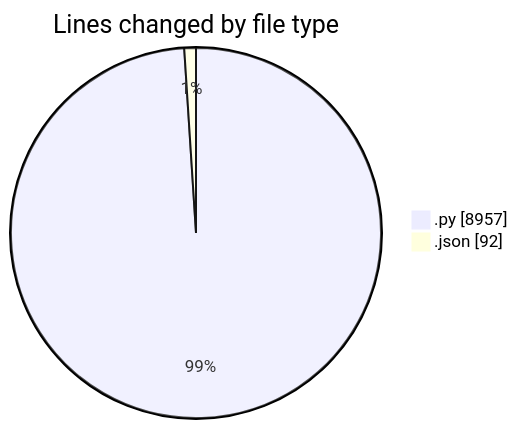
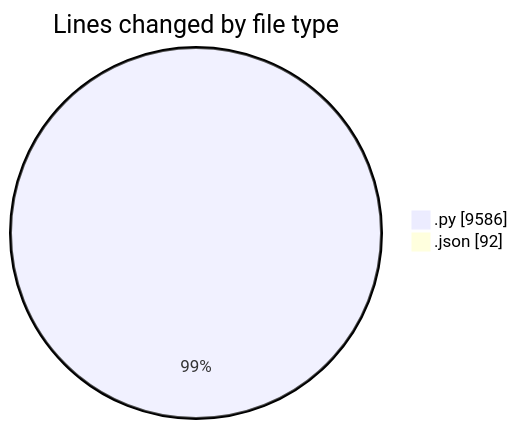
One commit to jrari/code-tracking changed the first of 2 diagrams in 2025-07-13/telebot/README.md. Above: the diagram before and after it, drawn with Mermaid. The commit also changed other lines of this file and 1 other file, not shown here.

````diff
--- a/2025-07-13/telebot/README.md
+++ b/2025-07-13/telebot/README.md
@@ -34,6 +35,6 @@
 ```mermaid
 pie showData
 title Lines changed by file type
-".py" : 8957
+".py" : 9586
 ".json" : 92
 ```
````
